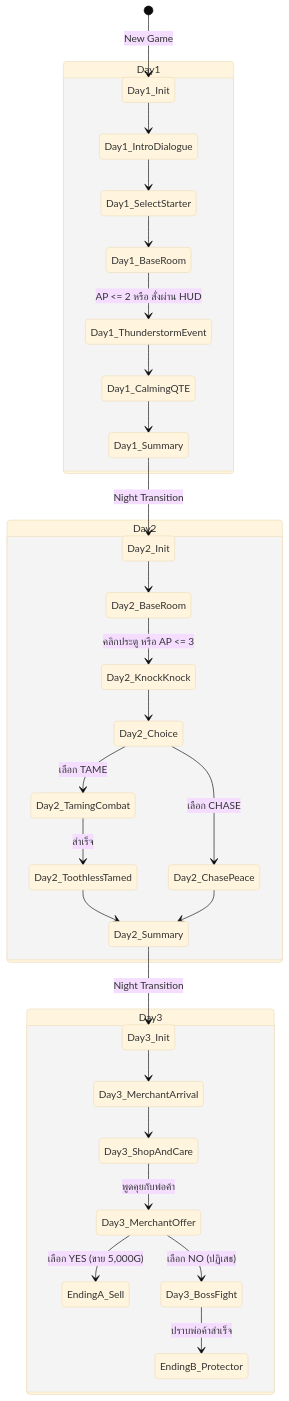
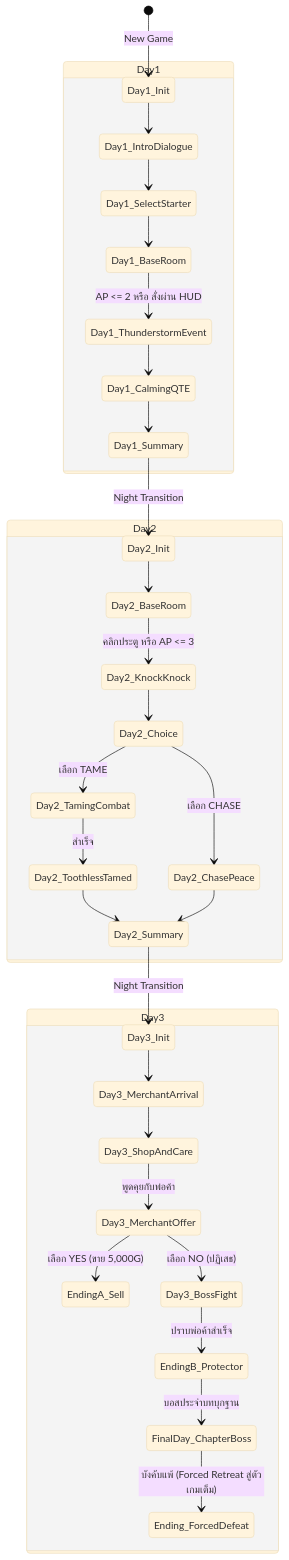
One commit to SShoww/Your-Story changed the second of 2 diagrams in BEPAL/Docs/NewGDD/04-class-diagram.md. Above: the diagram before and after it, drawn with Mermaid (base theme). The commit also changed 14 other files, not shown here.

Commit message:
feat(gdd-v2): synchronize NewGDD specs, combat refusal, E-key, and forced defeat

````diff
--- a/BEPAL/Docs/NewGDD/04-class-diagram.md
+++ b/BEPAL/Docs/NewGDD/04-class-diagram.md
@@ -236,37 +236,39 @@
 ```mermaid
 stateDiagram-v2
     [*] --> Day1_Init : New Game
     
     state Day1 {
         Day1_Init --> Day1_IntroDialogue
         Day1_IntroDialogue --> Day1_SelectStarter
         Day1_SelectStarter --> Day1_BaseRoom
         Day1_BaseRoom --> Day1_ThunderstormEvent : AP <= 2 หรือ สั่งผ่าน HUD
         Day1_ThunderstormEvent --> Day1_CalmingQTE
         Day1_CalmingQTE --> Day1_Summary
     }
     
     Day1_Summary --> Day2_Init : Night Transition
     
     state Day2 {
         Day2_Init --> Day2_BaseRoom
         Day2_BaseRoom --> Day2_KnockKnock : คลิกประตู หรือ AP <= 3
         Day2_KnockKnock --> Day2_Choice
         Day2_Choice --> Day2_ChasePeace : เลือก CHASE
         Day2_Choice --> Day2_TamingCombat : เลือก TAME
         Day2_TamingCombat --> Day2_ToothlessTamed : สำเร็จ
         Day2_ToothlessTamed --> Day2_Summary
         Day2_ChasePeace --> Day2_Summary
     }
     
     Day2_Summary --> Day3_Init : Night Transition
     
     state Day3 {
         Day3_Init --> Day3_MerchantArrival
         Day3_MerchantArrival --> Day3_ShopAndCare
         Day3_ShopAndCare --> Day3_MerchantOffer : พูดคุยกับพ่อค้า
         Day3_MerchantOffer --> EndingA_Sell : เลือก YES (ขาย 5,000G)
         Day3_MerchantOffer --> Day3_BossFight : เลือก NO (ปฏิเสธ)
         Day3_BossFight --> EndingB_Protector : ปราบพ่อค้าสำเร็จ
+        EndingB_Protector --> FinalDay_ChapterBoss : บอสประจำบทบุกฐาน
+        FinalDay_ChapterBoss --> Ending_ForcedDefeat : บังคับแพ้ (Forced Retreat สู่ตัวเกมเต็ม)
     }
 ```
````
